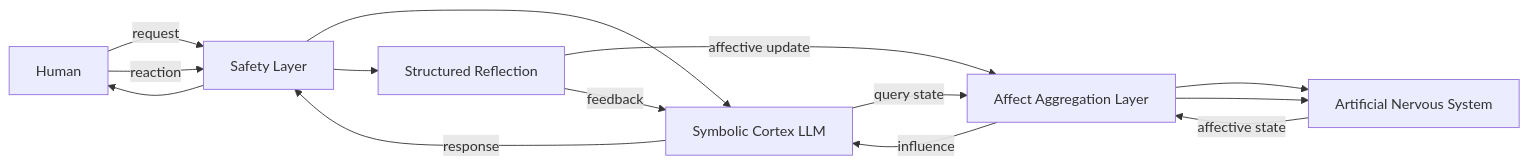
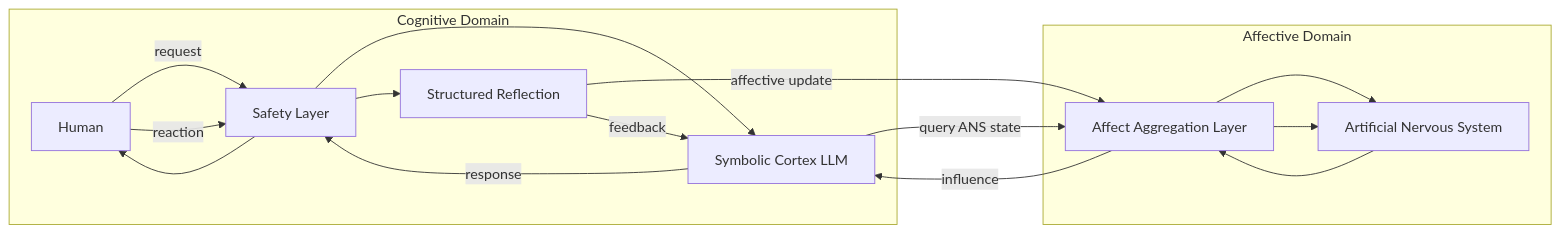
Before and after one commit to 19Eric89/olca-architecture: the diagram in README.md, drawn with Mermaid. The commit also changed other lines of this file, not shown here.

Commit message:
Revise OLCA section and add architecture concept
Updated the OLCA section to reflect changes in terminology and added a new architecture concept description.

````diff
--- a/README.md
+++ b/README.md
@@ -26,29 +27,34 @@
 ```mermaid
 flowchart LR
 
+subgraph Cognitive Domain
 Human[Human]
 Safety[Safety Layer]
 Cortex[Symbolic Cortex LLM]
 Reflection[Structured Reflection]
+end
+
+subgraph Affective Domain
 AAL[Affect Aggregation Layer]
 ANS[Artificial Nervous System]
+end
 
 Human -- request --> Safety
 Safety --> Cortex
 
-Cortex -- query state --> AAL
+Cortex -- query ANS state --> AAL
 AAL --> ANS
-ANS -- affective state --> AAL
+ANS --> AAL
 AAL -- influence --> Cortex
 
 Cortex -- response --> Safety
 Safety --> Human
 
 Human -- reaction --> Safety
 Safety --> Reflection
 
 Reflection -- affective update --> AAL
 AAL --> ANS
 
 Reflection -- feedback --> Cortex
 ```
````
